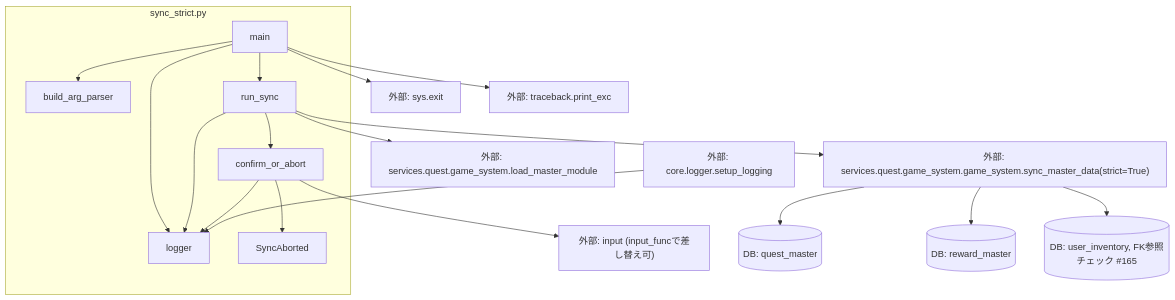
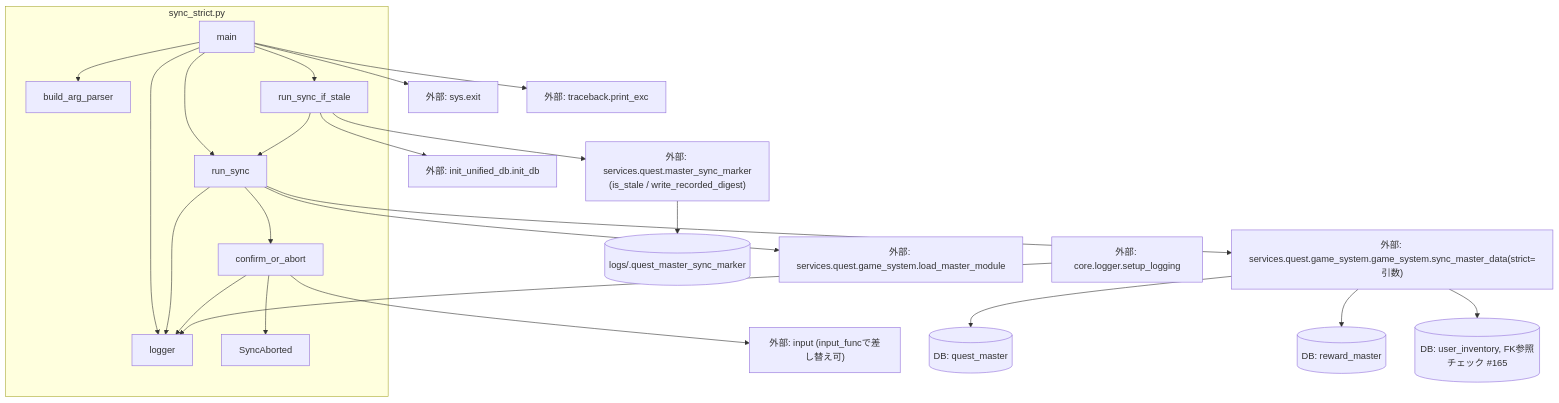
One commit to mmtigers/my_python_project changed the second of 2 diagrams in docs/specifications/MY_HOME_SYSTEM/sync_strict.md. Above: the diagram before and after it, drawn with Mermaid. The commit also changed other lines of this file and 14 other files, not shown here.

````diff
--- a/docs/specifications/MY_HOME_SYSTEM/sync_strict.md
+++ b/docs/specifications/MY_HOME_SYSTEM/sync_strict.md
@@ -150,32 +195,38 @@
 ```mermaid
 graph TD
     subgraph sync_strict.py
         logger
         build_arg_parser
         SyncAborted
         confirm_or_abort
         run_sync
+        run_sync_if_stale
         main
     end
 
     main --> build_arg_parser
     main --> run_sync
+    main --> run_sync_if_stale
+    run_sync_if_stale --> run_sync
+    run_sync_if_stale --> Ext_Marker["外部: services.quest.master_sync_marker<br/>(is_stale / write_recorded_digest)"]
+    run_sync_if_stale --> Ext_InitDb["外部: init_unified_db.init_db"]
+    Ext_Marker --> MarkerFile[("logs/.quest_master_sync_marker")]
     main --> logger
     main --> Ext_SysExit["外部: sys.exit"]
     main --> Ext_Traceback["外部: traceback.print_exc"]
 
     run_sync --> confirm_or_abort
     run_sync --> logger
     run_sync --> Ext_LoadMaster["外部: services.quest.game_system.load_master_module"]
-    run_sync --> Ext_SyncMasterData["外部: services.quest.game_system.game_system.sync_master_data(strict=True)"]
+    run_sync --> Ext_SyncMasterData["外部: services.quest.game_system.game_system.sync_master_data(strict=引数)"]
 
     confirm_or_abort --> SyncAborted
     confirm_or_abort --> logger
     confirm_or_abort --> Ext_Input["外部: input (input_funcで差し替え可)"]
 
     Ext_SyncMasterData --> DB_quest_master[(DB: quest_master)]
     Ext_SyncMasterData --> DB_reward_master[(DB: reward_master)]
     Ext_SyncMasterData --> DB_user_inventory[(DB: user_inventory, FK参照チェック #165)]
 
     Ext_SetupLogging["外部: core.logger.setup_logging"] --> logger
 ```
````
